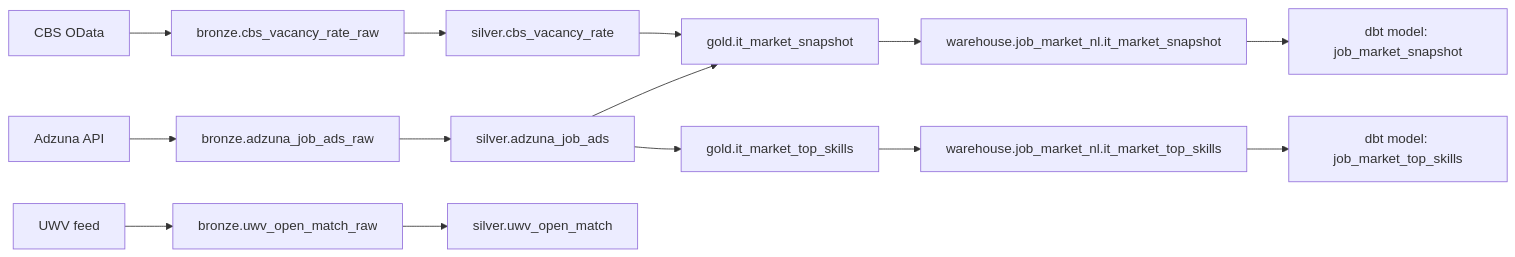
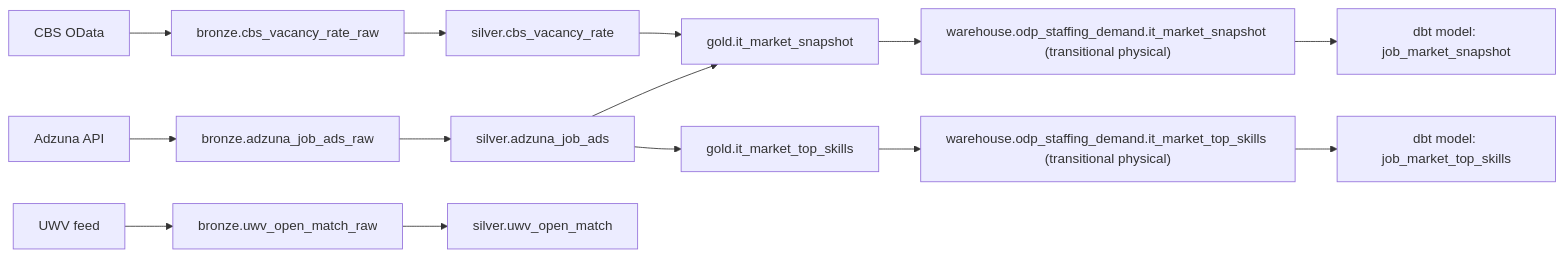
One commit to fresh-minds/FreshDataPlatform changed the diagram in DATA_MODEL.md. Above: the diagram before and after it, drawn with Mermaid. The commit also changed other lines of this file and 187 other files, not shown here.

````diff
--- a/DATA_MODEL.md
+++ b/DATA_MODEL.md
@@ -90,20 +101,20 @@
 ```mermaid
 flowchart LR
   CBS["CBS OData"] --> B1["bronze.cbs_vacancy_rate_raw"]
   Adzuna["Adzuna API"] --> B2["bronze.adzuna_job_ads_raw"]
   UWV["UWV feed"] --> B3["bronze.uwv_open_match_raw"]
 
   B1 --> S1["silver.cbs_vacancy_rate"]
   B2 --> S2["silver.adzuna_job_ads"]
   B3 --> S3["silver.uwv_open_match"]
 
   S1 --> G1["gold.it_market_snapshot"]
   S2 --> G1
   S2 --> G2["gold.it_market_top_skills"]
 
-  G1 --> W1["warehouse.job_market_nl.it_market_snapshot"]
-  G2 --> W2["warehouse.job_market_nl.it_market_top_skills"]
+  G1 --> W1["warehouse.odp_staffing_demand.it_market_snapshot (transitional physical)"]
+  G2 --> W2["warehouse.odp_staffing_demand.it_market_top_skills (transitional physical)"]
 
   W1 --> D1["dbt model: job_market_snapshot"]
   W2 --> D2["dbt model: job_market_top_skills"]
 ```
````
